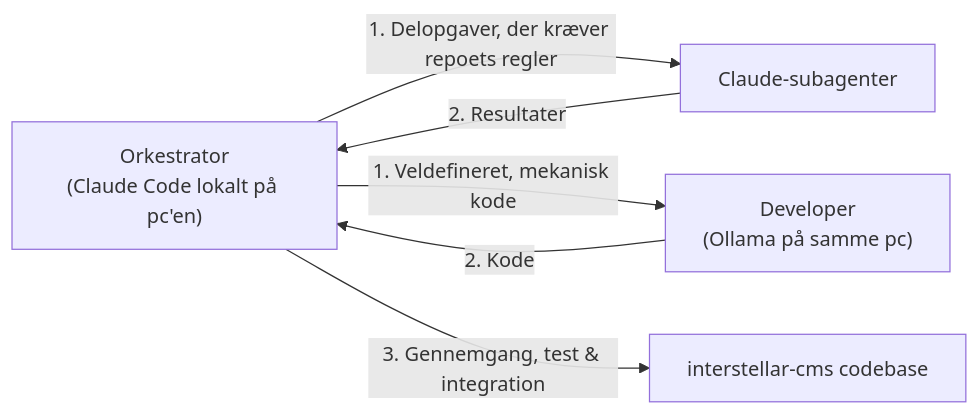
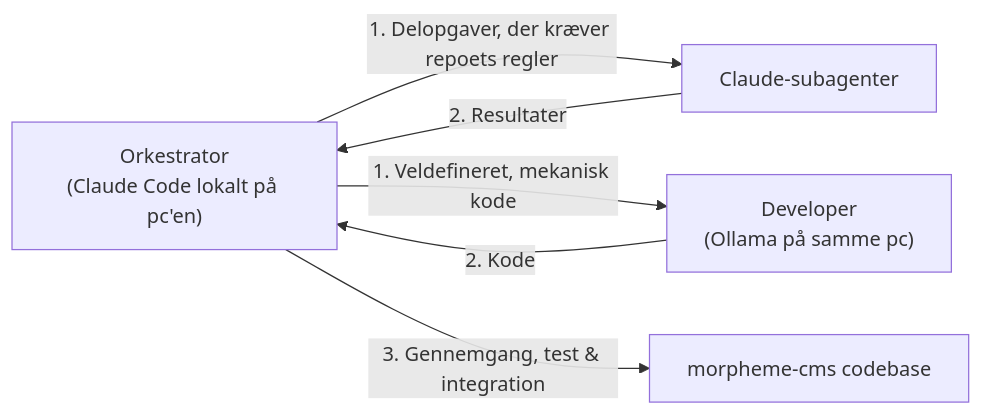
Before and after one commit to larsadolfsen/morpheme-cms: the diagram in AGENTS.md, drawn with Mermaid. The commit also changed other lines of this file and 556 other files, not shown here.

````diff
--- a/AGENTS.md
+++ b/AGENTS.md
@@ -54,8 +52,8 @@
 ```mermaid
 flowchart LR
     A["Orkestrator<br/>(Claude Code lokalt på pc'en)"] -->|"1. Delopgaver, der kræver repoets regler"| S["Claude-subagenter"]
     A -->|"1. Veldefineret, mekanisk kode"| D["Developer<br/>(Ollama på samme pc)"]
     S -->|"2. Resultater"| A
     D -->|"2. Kode"| A
-    A -->|"3. Gennemgang, test & integration"| R["interstellar-cms codebase"]
+    A -->|"3. Gennemgang, test & integration"| R["morpheme-cms codebase"]
 ```
````
